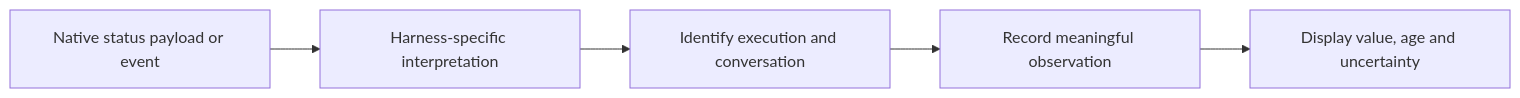
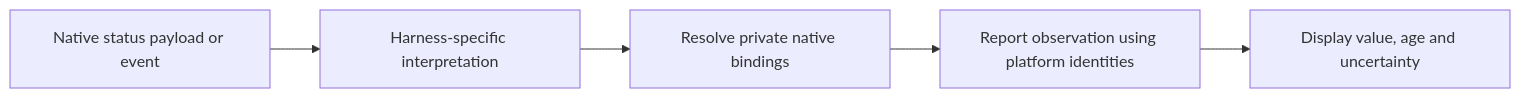
The diagram in docs/v2-plan-and-ideas/services.md (tofutools/tclaude), drawn with Mermaid before and after one commit. The commit also changed other lines of this file and 3 other files, not shown here.

Commit message:
docs: keep native harness semantics behind platform model

````diff
--- a/docs/v2-plan-and-ideas/services.md
+++ b/docs/v2-plan-and-ideas/services.md
@@ -51,7 +51,7 @@
 ```mermaid
 flowchart LR
     Native[Native status payload or event] --> Interpret[Harness-specific interpretation]
-    Interpret --> Correlate[Identify execution and conversation]
-    Correlate --> Reading[Record meaningful observation]
+    Interpret --> Correlate[Resolve private native bindings]
+    Correlate --> Reading[Report observation using platform identities]
     Reading --> UI[Display value, age and uncertainty]
 ```
````
